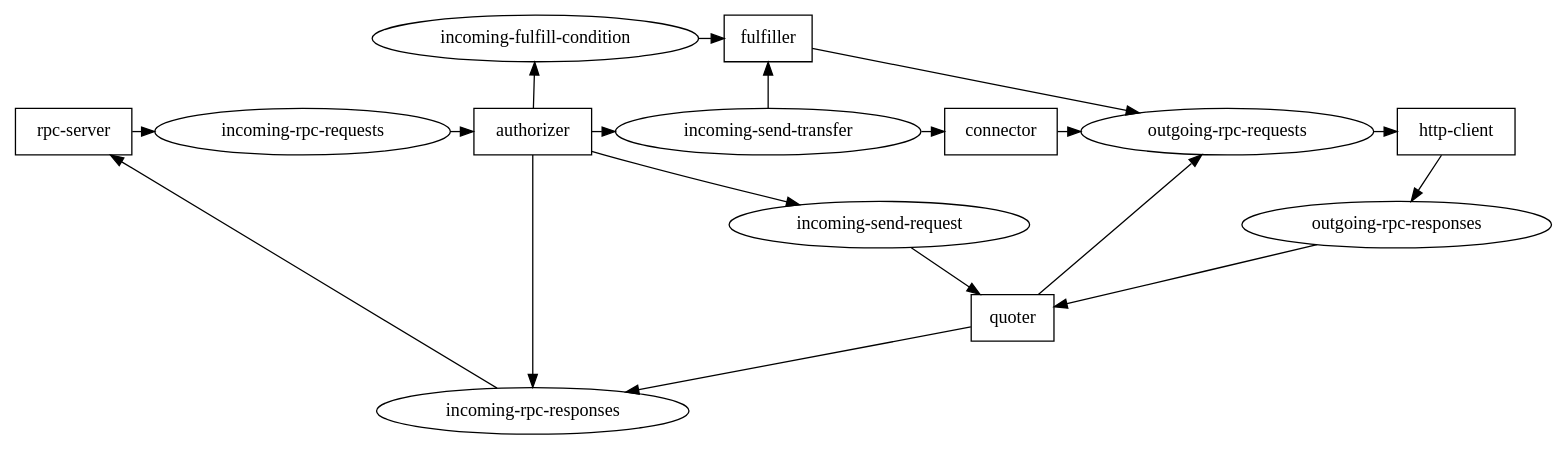
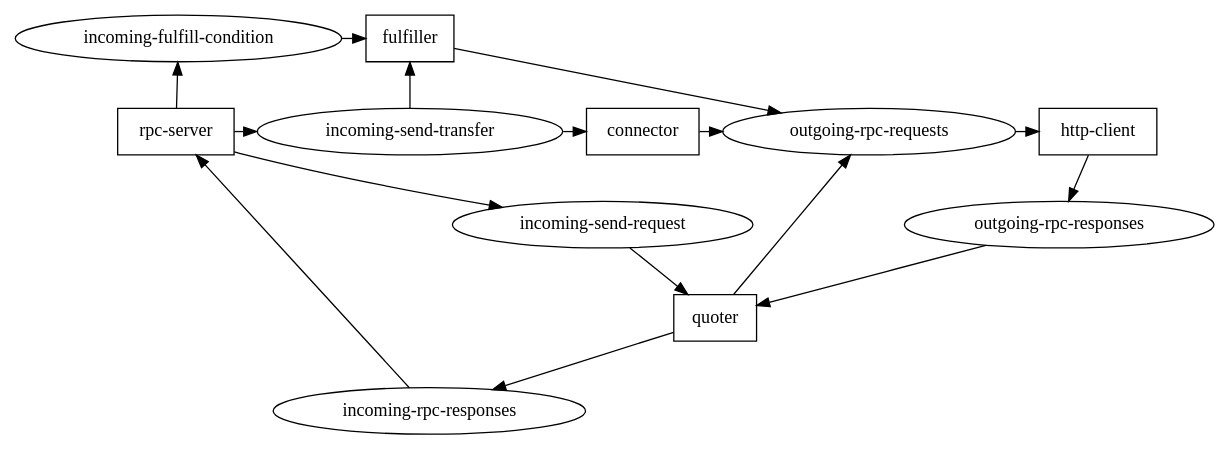
Before and after one commit to sharafian/the-metamorphosis: the diagram in assets/streams.dot, drawn with Graphviz. The commit also changed 7 other files, not shown here.

Commit message:
refactor: combine rpc-server and authorizer

```diff
--- a/assets/streams.dot
+++ b/assets/streams.dot
@@ -1,27 +1,25 @@
 digraph streams {
   subgraph components {
     node [ shape = box ];
     "rpc-server"
-    "authorizer"
     "connector"
     "http-client"
     "fulfiller"
     "quoter"
   }
 
-  "rpc-server" -> "incoming-rpc-requests" -> "authorizer";
-  "authorizer" -> "incoming-send-transfer" -> "connector";
-  "authorizer" -> "incoming-send-request" -> "quoter";
-  "authorizer" -> "incoming-rpc-responses" -> "rpc-server";
-  "authorizer" -> "incoming-fulfill-condition" -> "fulfiller";
+  "rpc-server" -> "incoming-send-transfer" -> "connector";
+  "rpc-server" -> "incoming-send-request" -> "quoter";
+  "rpc-server" -> "incoming-fulfill-condition" -> "fulfiller";
+  "incoming-rpc-responses" -> "rpc-server";
   "incoming-send-transfer" -> "fulfiller";
   "connector" -> "outgoing-rpc-requests" -> "http-client";
   "quoter" -> "outgoing-rpc-requests";
   "http-client" -> "outgoing-rpc-responses" -> "quoter" -> "incoming-rpc-responses";
   "fulfiller" -> "outgoing-rpc-requests";
 
-  { rank = same; "rpc-server" "incoming-rpc-requests" "authorizer" "incoming-send-transfer" "connector" "outgoing-rpc-requests" "http-client" }
+  { rank = same; "rpc-server" "incoming-send-transfer" "connector" "outgoing-rpc-requests" "http-client" }
   { rank = source; "fulfiller" "incoming-fulfill-condition" }
 
 
 }
```
